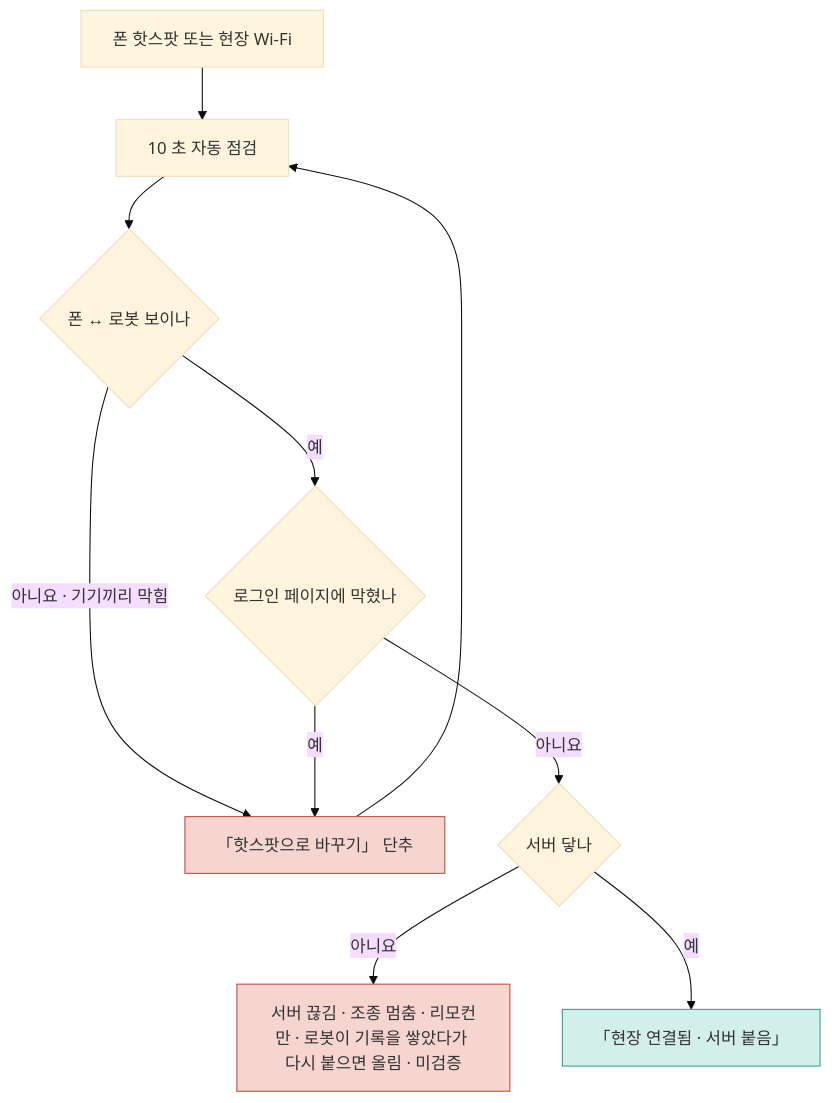
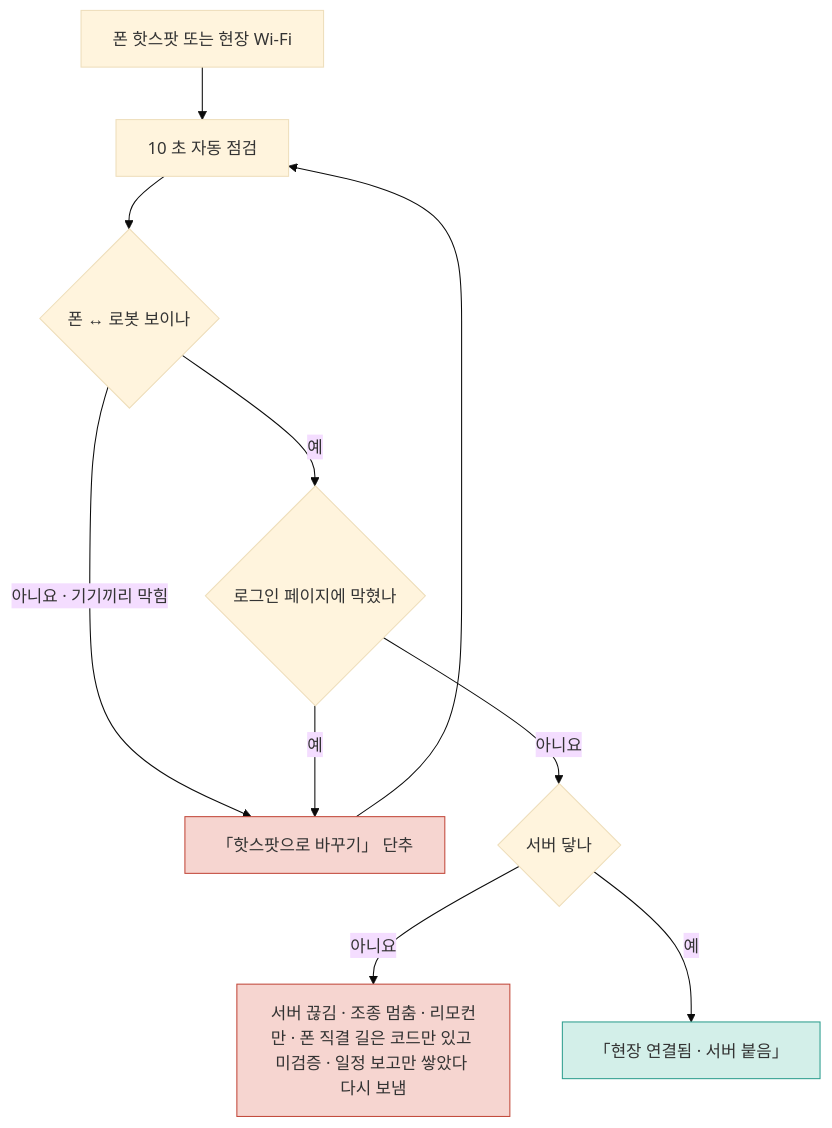
The second of 8 diagrams in inbox/jay/20261119-app-design/FLOWS.md (foothold-project/foothold-lab), drawn with Mermaid (base theme) before and after one commit. The commit also changed other lines of this file and 2 other files, not shown here.

Commit message:
docs(app): app-lx 답 반영 (폰 직결 길 코드 있음 · 미검증 · 끊김 중 기록 · Classic 전환 실행기 조건)

````diff
--- a/inbox/jay/20261119-app-design/FLOWS.md
+++ b/inbox/jay/20261119-app-design/FLOWS.md
@@ -35,14 +35,14 @@
 ```mermaid
 flowchart TD
   A[폰 핫스팟 또는 현장 Wi-Fi] --> B[10 초 자동 점검]
   B --> C{폰 ↔ 로봇 보이나}
   C -->|아니요 · 기기끼리 막힘| X[「핫스팟으로 바꾸기」 단추]:::bad
   C -->|예| D{로그인 페이지에 막혔나}
   D -->|예| X
   D -->|아니요| E{서버 닿나}
-  E -->|아니요| F[서버 끊김 · 조종 멈춤 · 리모컨만 · 로봇이 기록을 쌓았다가 다시 붙으면 올림 · 미검증]:::bad
+  E -->|아니요| F[서버 끊김 · 조종 멈춤 · 리모컨만 · 폰 직결 길은 코드만 있고 미검증 · 일정 보고만 쌓았다 다시 보냄]:::bad
   E -->|예| G[「현장 연결됨 · 서버 붙음」]:::ok
   X --> B
   classDef bad fill:#f6d5d0,stroke:#c2493b
   classDef ok fill:#d3efe9,stroke:#2f9e8f
 ```
````
